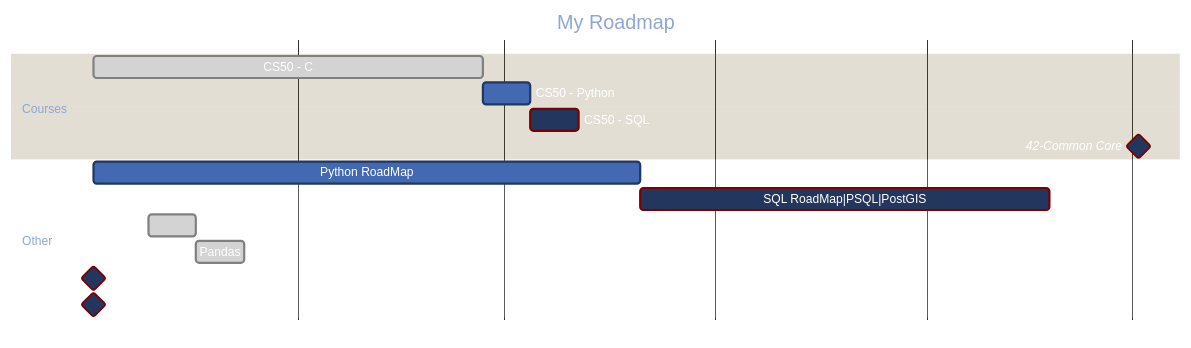
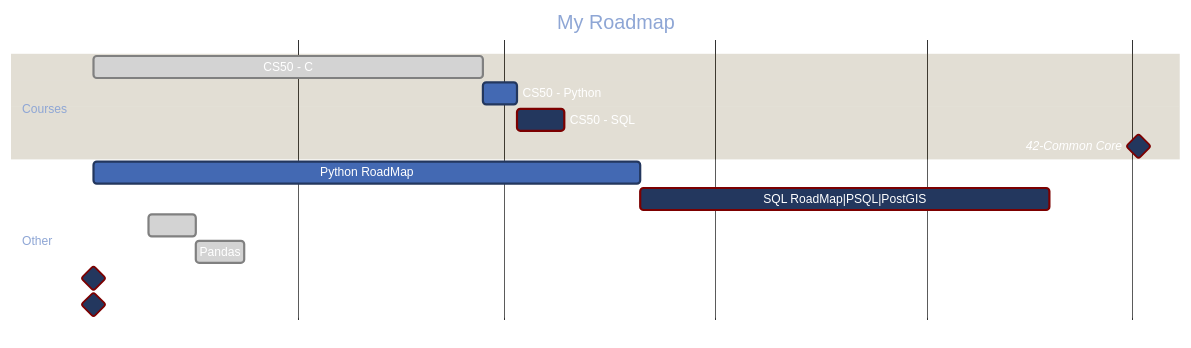
The diagram in README.md (see7e/programming-studies), drawn with Mermaid before and after one commit. The commit also changed other lines of this file and 6 other files, not shown here.

````diff
--- a/README.md
+++ b/README.md
@@ -75,31 +75,31 @@
 ```mermaid
 %%{
   init: {
     'theme': 'base',
     'themeVariables': {
       'primaryColor': '#23375E',
       'primaryTextColor': '#FFF',
       'primaryBorderColor': '#7C0000',
       'lineColor': '#F8B229'
     }
   }
 }%%
 
 gantt
 	title My Roadmap
     dateFormat  DD-MM-YYYY
 
     section Courses
     CS50 - C                    :done, c1, 02-05-2023, 28-06-2023
-    CS50 - Python               :active, c2, after c1, 7d
+    CS50 - Python               :active, c2, after c1, 03-07-2023
     CS50 - SQL                  :c3, after c2, 7d
     42-Common Core              :milestone, 42, 02-10-2023, 0d
 
     section Other
     Python RoadMap              :active, a1, 02-05-2023, 80d
     SQL RoadMap|PSQL|PostGIS    :after a1, 60d
     OpenPyXL                    :done, a5, 10-05-2023, 7d 
     Pandas                      :done, after a5, 7d
     PowerBI (not started)       :milestone, 02-05-2023, 0d
     PowerApps (not started)     :milestone, 0d
 ```
````
